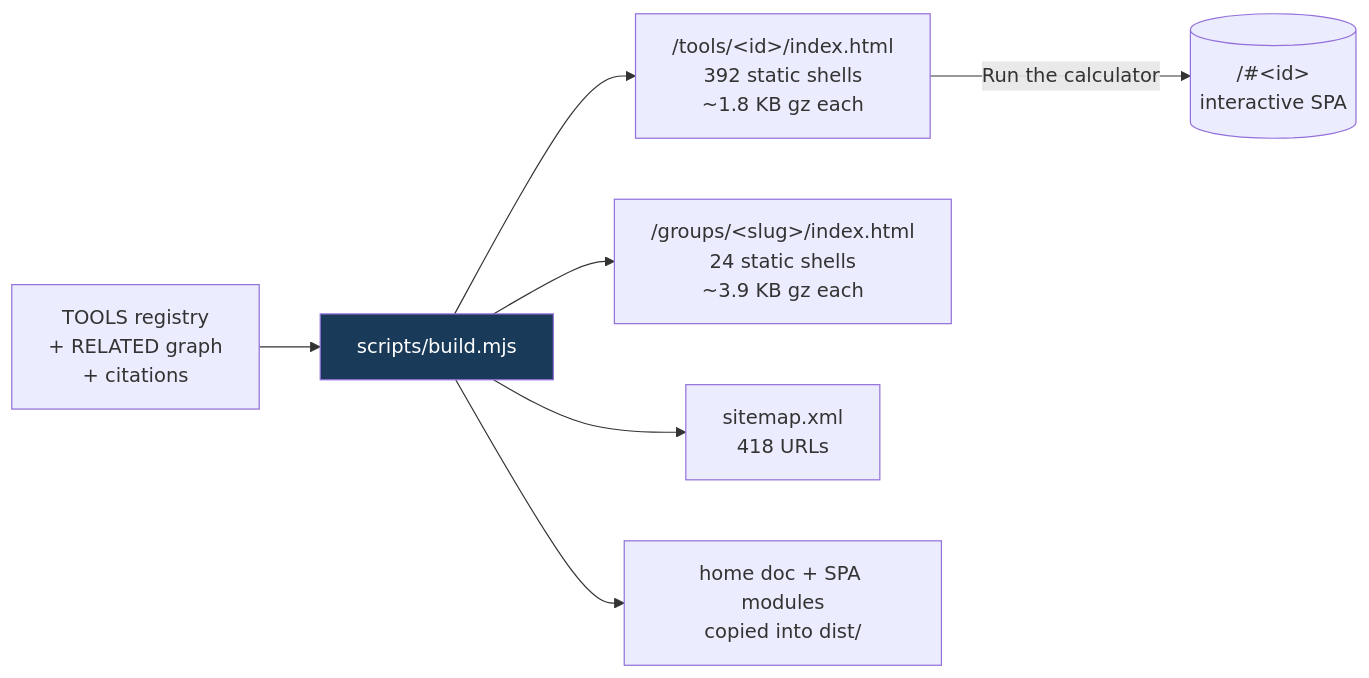
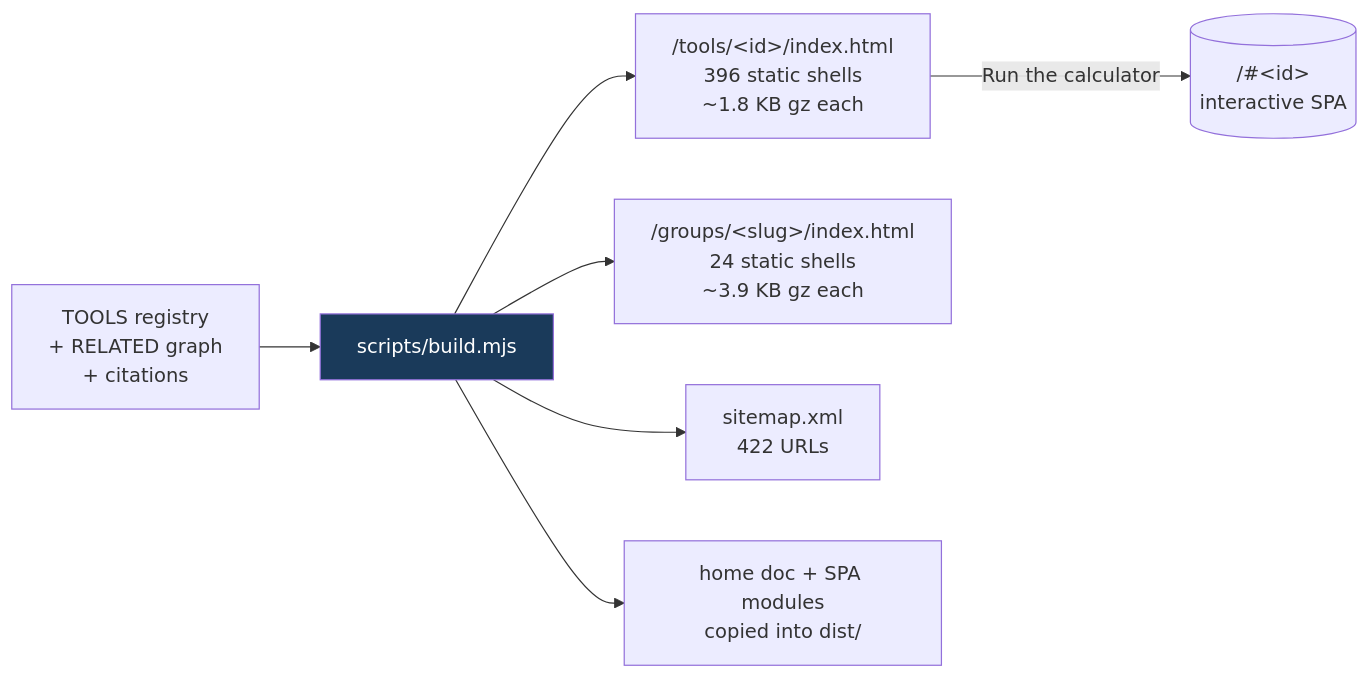
The third of 5 diagrams in README.md (clay-good/roughlogic.com), drawn with Mermaid before and after one commit. The commit also changed other lines of this file and 19 other files, not shown here.

````diff
--- a/README.md
+++ b/README.md
@@ -180,10 +180,10 @@
 ```mermaid
 flowchart LR
     SRC[TOOLS registry\n+ RELATED graph\n+ citations] --> BUILD[scripts/build.mjs]
-    BUILD --> TILE["/tools/&lt;id&gt;/index.html\n392 static shells\n~1.8 KB gz each"]
+    BUILD --> TILE["/tools/&lt;id&gt;/index.html\n396 static shells\n~1.8 KB gz each"]
     BUILD --> GROUP["/groups/&lt;slug&gt;/index.html\n24 static shells\n~3.9 KB gz each"]
-    BUILD --> MAP["sitemap.xml\n418 URLs"]
+    BUILD --> MAP["sitemap.xml\n422 URLs"]
     BUILD --> COPY[home doc + SPA modules\ncopied into dist/]
     TILE -->|Run the calculator| SPA[("/#&lt;id&gt;\ninteractive SPA")]
     style BUILD fill:#1a3a5a,color:#fff
 ```
````
